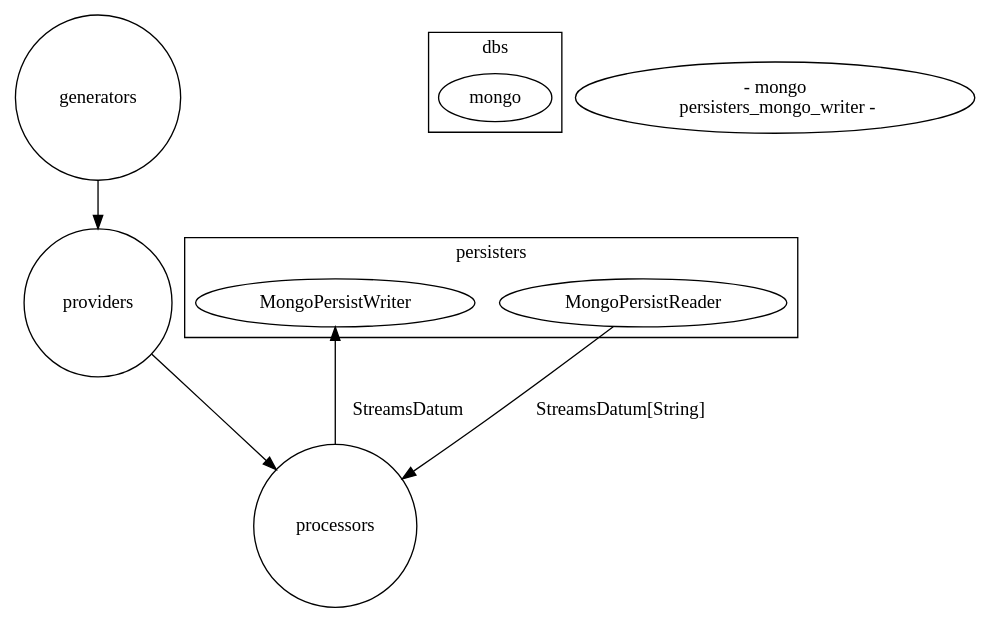
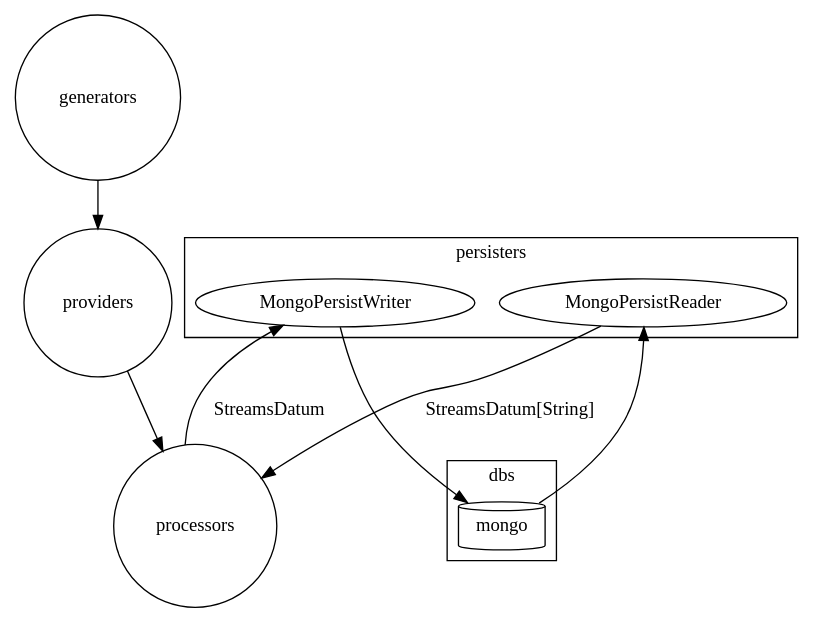
The diagram in streams-contrib/streams-persist-mongo/src/main/resources/components.dot (apache/streams), drawn with Graphviz before and after one commit. The commit also changed 59 other files, not shown here.

Commit message:
another round of README and diagram improvements

```diff
--- a/streams-contrib/streams-persist-mongo/src/main/resources/components.dot
+++ b/streams-contrib/streams-persist-mongo/src/main/resources/components.dot
@@ -1,32 +1,32 @@
 digraph g {
 
   graph [compound = true];
 
   //presentation
   splines = true;
   overlap = false;
   rankdir = TB;
 
   generators [label="generators", shape="circle"];
   providers [label="providers", shape="circle"];
   processors [label="processors", shape="circle"];
 
   subgraph cluster_persisters {
     label="persisters";
     persisters_mongo_reader [label="MongoPersistReader"]
     persisters_mongo_writer [label="MongoPersistWriter"]
   }
 
   subgraph cluster_dbs {
     label="dbs";
-    mongo [label="mongo"]
+    mongo [label="mongo", shape="cylinder"]
   }
 
   generators -> providers
   providers -> processors
   processors -> persisters_mongo_writer [label="StreamsDatum"]
   persisters_mongo_reader -> processors [label="StreamsDatum[String]"]
-  persisters_mongo_reader <- mongo
+  mongo -> persisters_mongo_reader
   persisters_mongo_writer -> mongo
 
 }
```
